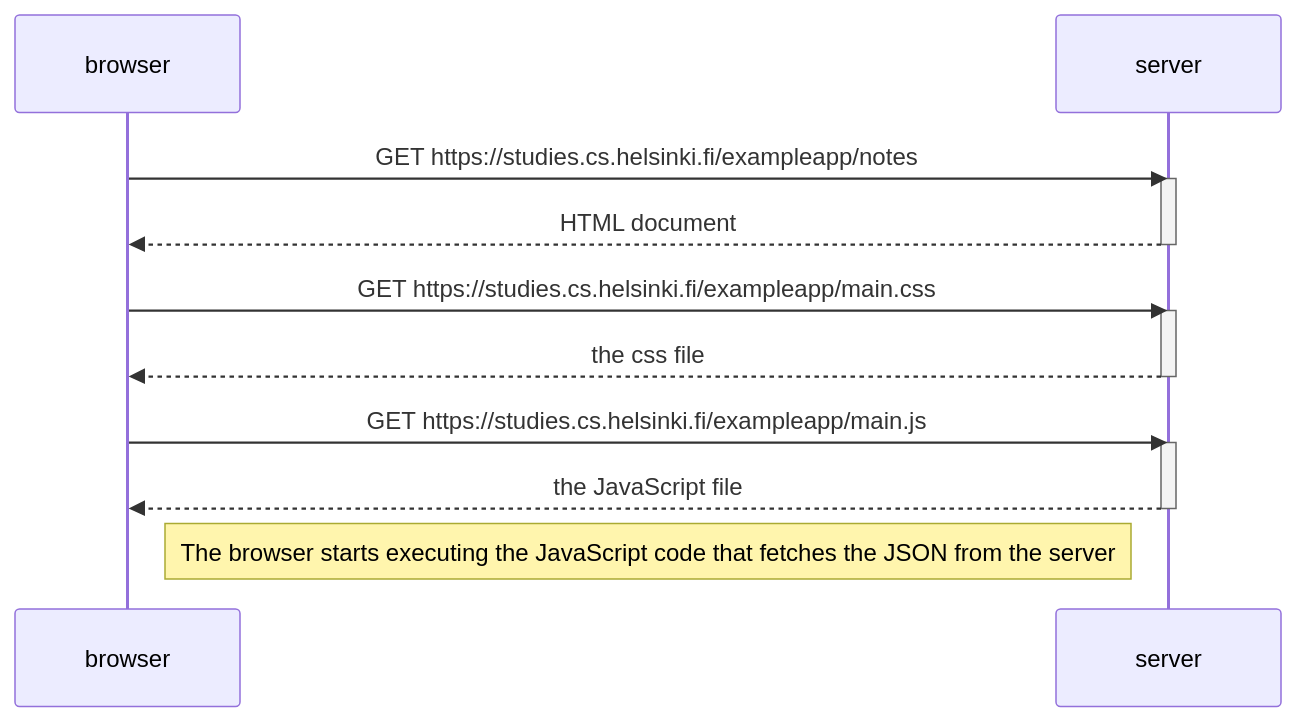
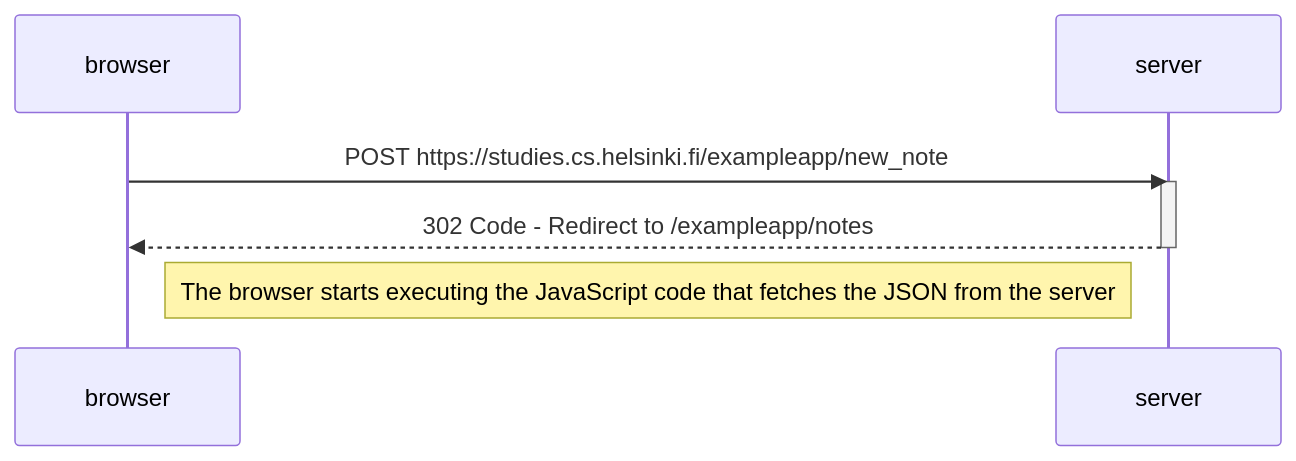
One commit to alecko/Fullstack changed the diagram in part0/0.4 Diagram.md. Above: the diagram before and after it, drawn with Mermaid.

Commit message:
Update Diagram

````diff
--- a/part0/0.4 Diagram.md
+++ b/part0/0.4 Diagram.md
@@ -2,22 +2,13 @@
 ```mermaid
 sequenceDiagram
     participant browser
     participant server
 
-    browser->>server: GET https://studies.cs.helsinki.fi/exampleapp/notes
+    browser->>server: POST https://studies.cs.helsinki.fi/exampleapp/new_note
     activate server
-    server-->>browser: HTML document
+    server-->>browser: 302 Code - Redirect to /exampleapp/notes
     deactivate server
 
-    browser->>server: GET https://studies.cs.helsinki.fi/exampleapp/main.css
-    activate server
-    server-->>browser: the css file
-    deactivate server
-
-    browser->>server: GET https://studies.cs.helsinki.fi/exampleapp/main.js
-    activate server
-    server-->>browser: the JavaScript file
-    deactivate server
 
     Note right of browser: The browser starts executing the JavaScript code that fetches the JSON from the server
 ```
````
